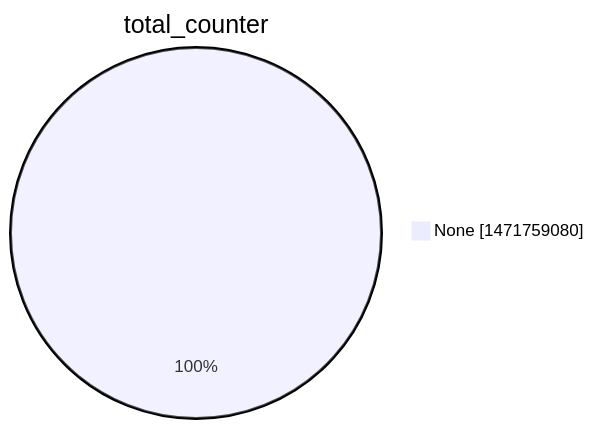
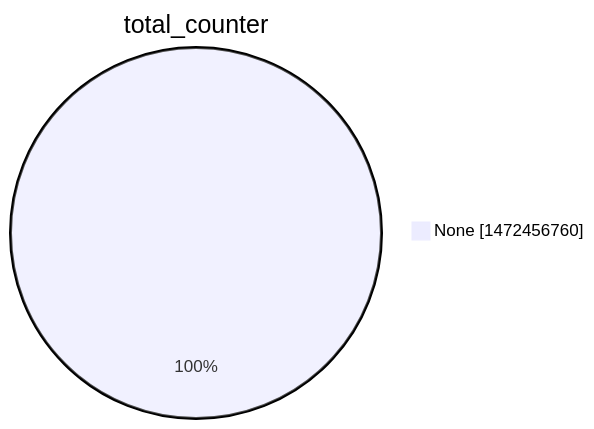
The second of 15 diagrams in argon2022/README.md (christiankrug/ctmonitor_visualization), drawn with Mermaid before and after one commit. The commit also changed other lines of this file, not shown here.

````diff
--- a/argon2022/README.md
+++ b/argon2022/README.md
@@ -9,5 +9,5 @@
 ```mermaid
 pie showData
 title total_counter
-"None" :1471759080
+"None" :1472456760
 ```
````
